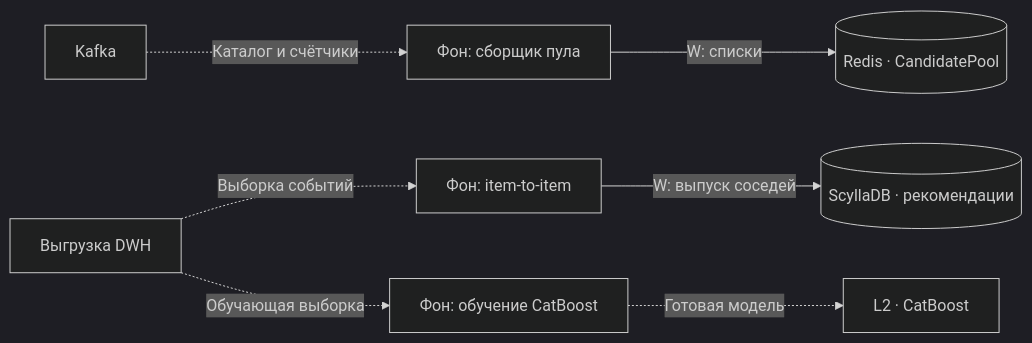
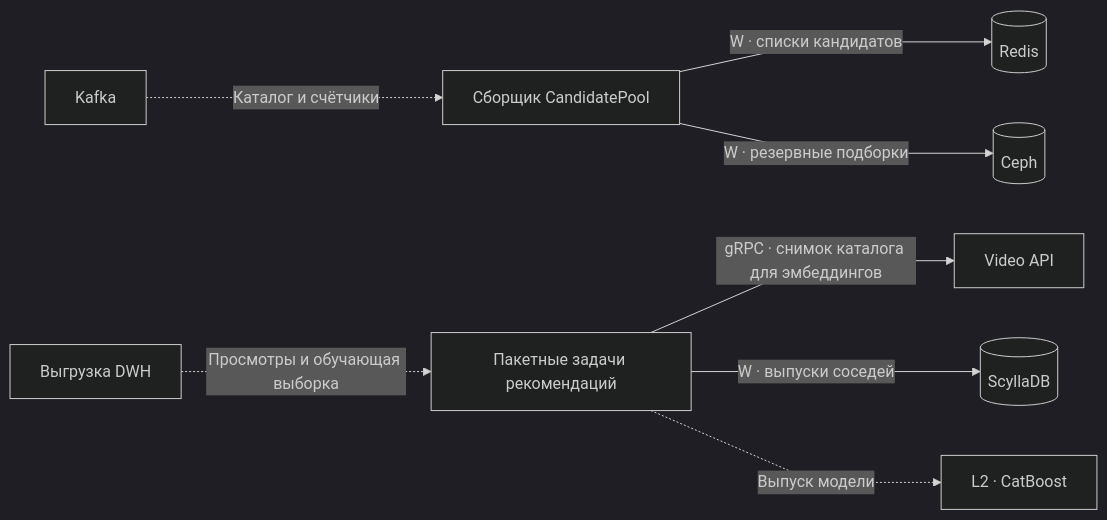
Before and after one commit to pavel-ladygin/highload_tp: the tenth of 14 diagrams in README.md, drawn with Mermaid (dark theme). The commit also changed other lines of this file, not shown here.

````diff
--- a/README.md
+++ b/README.md
@@ -923,9 +905,11 @@
 ```mermaid
+%%{init: {"flowchart": {"curve": "linear"}}}%%
 flowchart LR
-    K["Kafka"] -. "Каталог и счётчики" .-> P["Фон: сборщик пула"]
-    P -->|"W: списки"| R[("Redis · CandidatePool")]
-    D["Выгрузка DWH"] -. "Выборка событий" .-> B["Фон: item-to-item"]
-    B -->|"W: выпуск соседей"| SC[("ScyllaDB · рекомендации")]
-    D -. "Обучающая выборка" .-> T["Фон: обучение CatBoost"]
-    T -. "Готовая модель" .-> M["L2 · CatBoost"]
+    K["Kafka"] -. "Каталог и счётчики" .-> P["Сборщик CandidatePool"]
+    P -->|"W · списки кандидатов"| R[("Redis")]
+    P -->|"W · резервные подборки"| C[("Ceph")]
+    D["Выгрузка DWH"] -. "Просмотры и обучающая выборка" .-> B["Пакетные задачи рекомендаций"]
+    B -->|"gRPC · снимок каталога для эмбеддингов"| V["Video API"]
+    B -->|"W · выпуски соседей"| S[("ScyllaDB")]
+    B -. "Выпуск модели" .-> M["L2 · CatBoost"]
 ```
````
